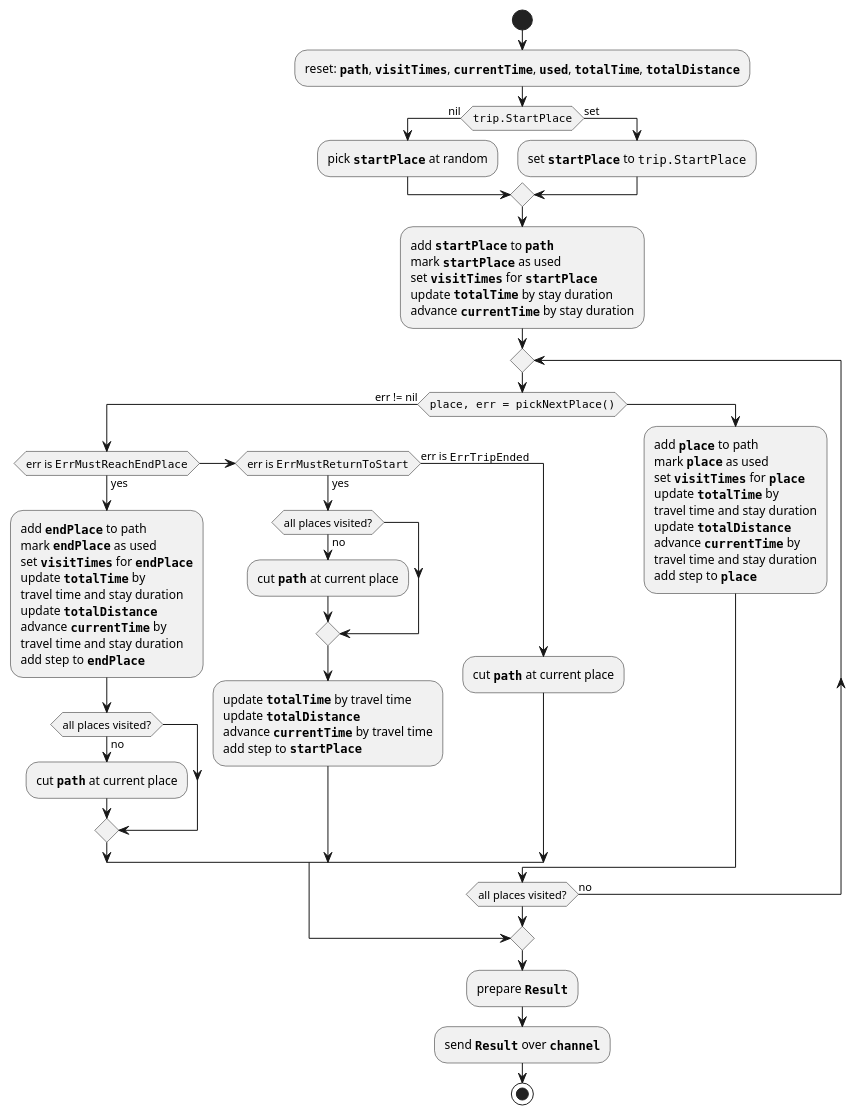
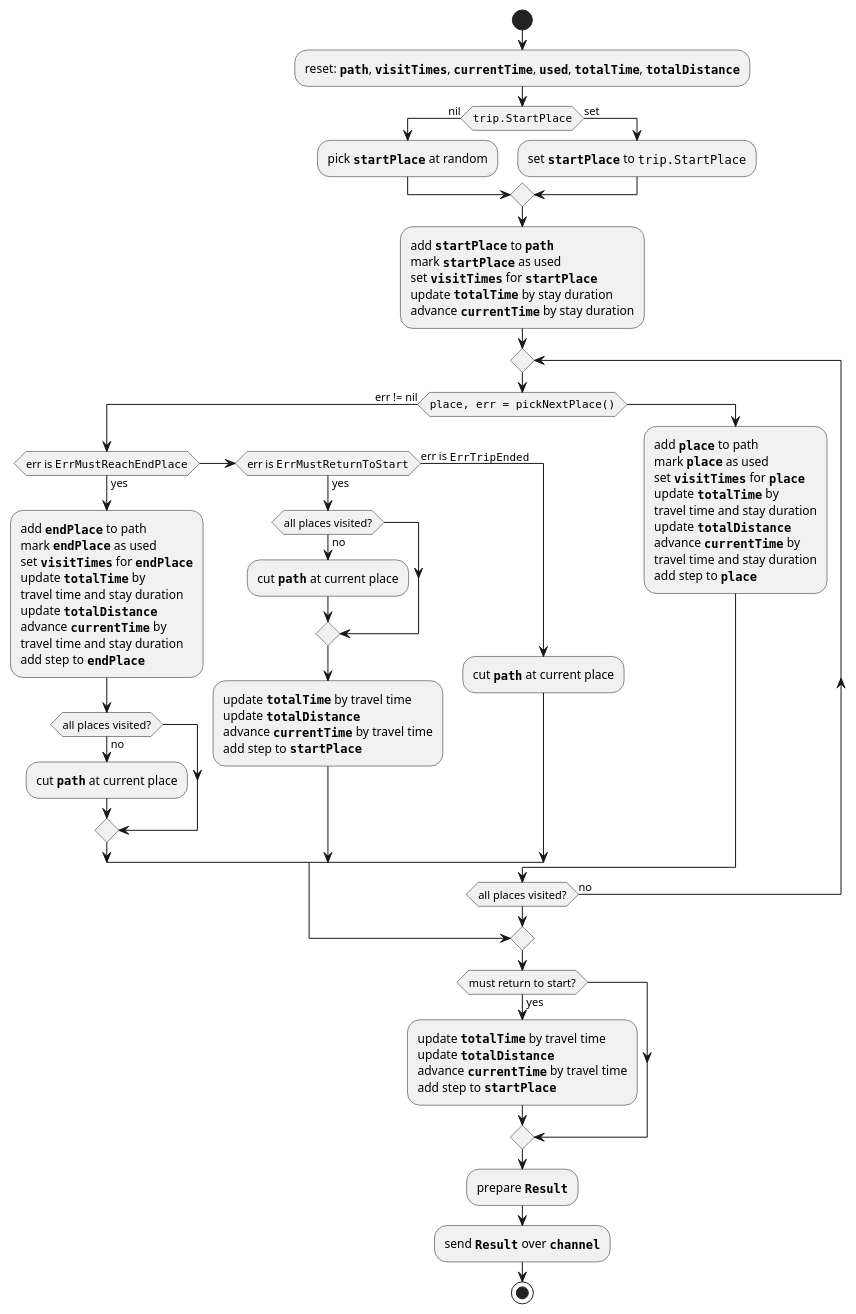
The diagram in svc_ants.plantuml (radekwlsk/go-travel), drawn with PlantUML before and after one commit. The commit also changed 1 other file, not shown here.

```diff
--- a/svc_ants.plantuml
+++ b/svc_ants.plantuml
@@ -1,66 +1,70 @@
 @startuml
 
 start
 
 :reset: ""**path**"", ""**visitTimes**"", ""**currentTime**"", ""**used**"", ""**totalTime**"", ""**totalDistance**"";
 
 if (""trip.StartPlace"") then (nil)
     :pick ""**startPlace**"" at random;
 else (set)
     :set ""**startPlace**"" to ""trip.StartPlace"";
 endif
 
 :add ""**startPlace**"" to ""**path**""
 mark ""**startPlace**"" as used
 set ""**visitTimes**"" for ""**startPlace**""
 update ""**totalTime**"" by stay duration
 advance ""**currentTime**"" by stay duration;
 
 repeat
     if (""place, err = pickNextPlace()"") then (err != nil)
         if (err is ""ErrMustReachEndPlace"") then (yes)
             :add ""**endPlace**"" to path
             mark ""**endPlace**"" as used
             set ""**visitTimes**"" for ""**endPlace**""
             update ""**totalTime**"" by
             travel time and stay duration
             update ""**totalDistance**""
             advance ""**currentTime**"" by
             travel time and stay duration
             add step to ""**endPlace**"";
             if (all places visited?) then (no)
                 :cut ""**path**"" at current place;
             endif
         elseif (err is ""ErrMustReturnToStart"") then (yes)
             if (all places visited?) then (no)
                 :cut ""**path**"" at current place;
             endif
             :update ""**totalTime**"" by travel time
             update ""**totalDistance**""
             advance ""**currentTime**"" by travel time
             add step to ""**startPlace**"";
         else (err is ""ErrTripEnded"")
             :cut ""**path**"" at current place;
         endif
         break
     else ()
         :add ""**place**"" to path
         mark ""**place**"" as used
         set ""**visitTimes**"" for ""**place**""
         update ""**totalTime**"" by
         travel time and stay duration
         update ""**totalDistance**""
         advance ""**currentTime**"" by
         travel time and stay duration
         add step to ""**place**"";
     endif
-
 repeat while (all places visited?) is (no)
-
+if (must return to start?) then (yes)
+    :update ""**totalTime**"" by travel time
+    update ""**totalDistance**""
+    advance ""**currentTime**"" by travel time
+    add step to ""**startPlace**"";
+endif
 :prepare ""**Result**"";
 
 :send ""**Result**"" over ""**channel**"";
 
 stop
 
 @enduml
```
